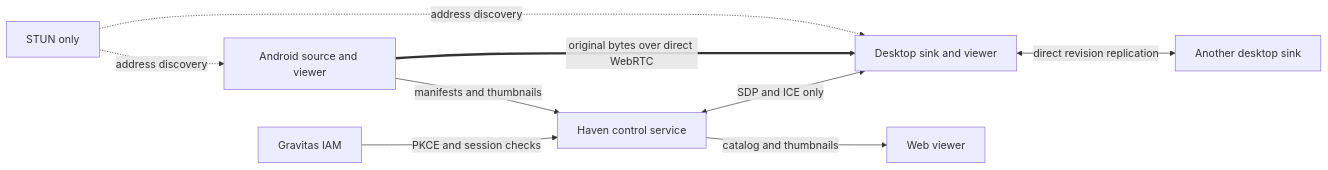
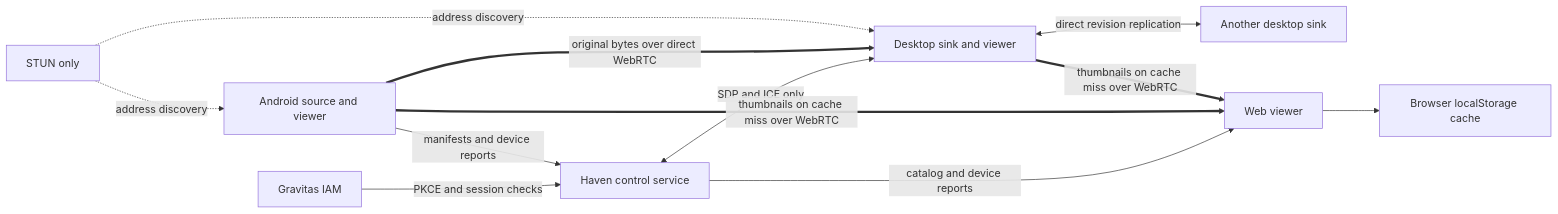
The diagram in docs/architecture.md (jeethsuresh/haven), drawn with Mermaid before and after one commit. The commit also changed other lines of this file and 21 other files, not shown here.

Commit message:
Cache viewer thumbnails locally and fetch misses over WebRTC (#2)

````diff
--- a/docs/architecture.md
+++ b/docs/architecture.md
@@ -8,11 +8,14 @@
 ```mermaid
 flowchart LR
   IAM[Gravitas IAM] -->|PKCE and session checks| C[Haven control service]
-  P[Android source and viewer] -->|manifests and thumbnails| C
+  P[Android source and viewer] -->|manifests and device reports| C
   C <-->|SDP and ICE only| D[Desktop sink and viewer]
   P ==>|original bytes over direct WebRTC| D
   D <-->|direct revision replication| D2[Another desktop sink]
-  C -->|catalog and thumbnails| W[Web viewer]
+  C -->|catalog and device reports| W[Web viewer]
+  P ==>|thumbnails on cache miss over WebRTC| W
+  D ==>|thumbnails on cache miss over WebRTC| W
+  W --> L[Browser localStorage cache]
   S[STUN only] -. address discovery .-> P
   S -. address discovery .-> D
 ```
````
